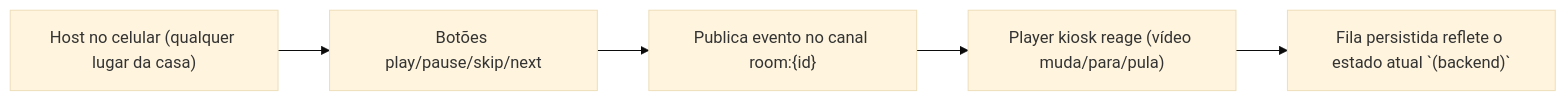
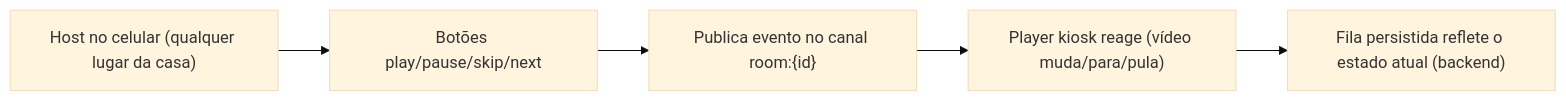
The seventh of 7 diagrams in docs/flows/fluxos-do-usuario.md (cavalcanteprofissional/karaoke-flow), drawn with Mermaid (base theme) before and after one commit. The commit also changed other lines of this file and 37 other files, not shown here.

````diff
--- a/docs/flows/fluxos-do-usuario.md
+++ b/docs/flows/fluxos-do-usuario.md
@@ -123,7 +128,7 @@
 ```mermaid
 flowchart LR
     A["Host no celular (qualquer lugar da casa)"] --> B["Botões play/pause/skip/next"]
     B --> C["Publica evento no canal room:{id}"]
     C --> D["Player kiosk reage (vídeo muda/para/pula)"]
-    D --> E["Fila persistida reflete o estado atual `(backend)`"]
+    D --> E["Fila persistida reflete o estado atual (backend)"]
 ```
````
